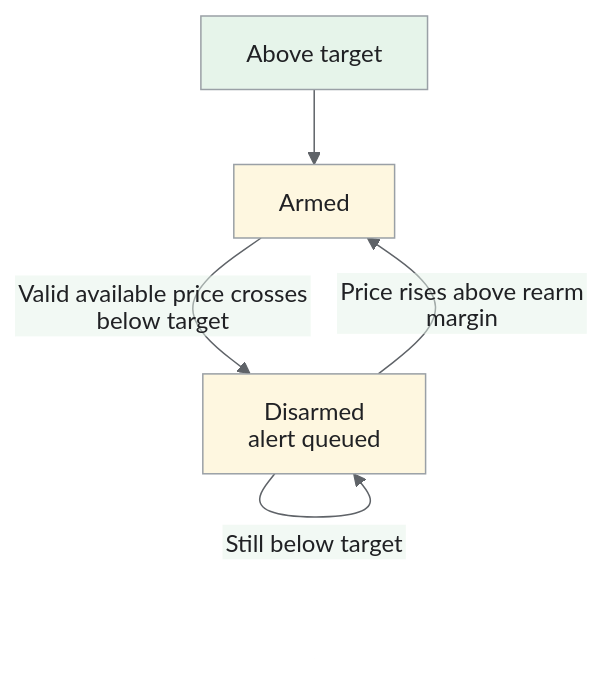
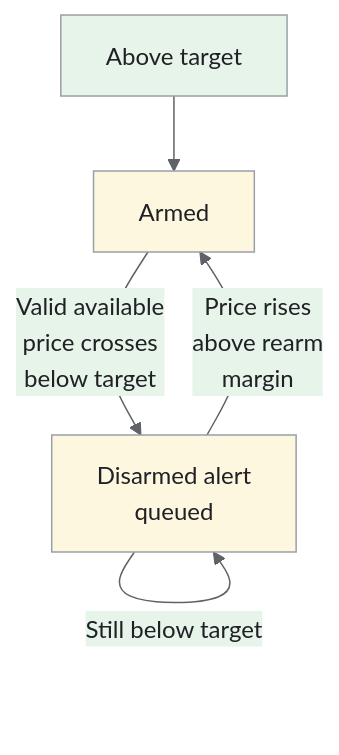
The fifth of 5 diagrams in _designs/system-design-camelcamelcamel.md (iliazlobin/iliazlobin.github.io), drawn with Mermaid before and after one commit. The commit also changed other lines of this file and 116 other files, not shown here.

````diff
--- a/_designs/system-design-camelcamelcamel.md
+++ b/_designs/system-design-camelcamelcamel.md
@@ -299,14 +333,14 @@
 ```mermaid
-%%{init: {'theme':'base','htmlLabels':false,'flowchart':{'htmlLabels':false},'themeVariables':{'fontFamily':'Arial, sans-serif','primaryColor':'#e8f0fe','primaryTextColor':'#202124','primaryBorderColor':'#9aa0a6','lineColor':'#5f6368','secondaryColor':'#e6f4ea','tertiaryColor':'#fef7e0','actorBkg':'#e8f0fe','actorBorder':'#9aa0a6','actorTextColor':'#202124','noteBkgColor':'#fef7e0','noteTextColor':'#202124','noteBorderColor':'#9aa0a6','signalColor':'#5f6368','signalTextColor':'#202124','labelBoxBkgColor':'#fef7e0','labelBoxBorderColor':'#9aa0a6'}}}%%
+%%{init: {'theme':'base','themeVariables':{'primaryColor':'#e8f0fe','primaryTextColor':'#202124','primaryBorderColor':'#9aa0a6','lineColor':'#5f6368','secondaryColor':'#e6f4ea','tertiaryColor':'#fef7e0','actorBkg':'#e8f0fe','actorBorder':'#9aa0a6','actorTextColor':'#202124','noteBkgColor':'#fef7e0','noteTextColor':'#202124','noteBorderColor':'#9aa0a6','signalColor':'#5f6368','signalTextColor':'#202124','labelBoxBkgColor':'#fef7e0','labelBoxBorderColor':'#9aa0a6'}}}%%
 flowchart TB
   A["Above target"] --> S["Armed"]
-  S -->|"Valid available price crosses below target"| D["Disarmed<br>alert queued"]
+  S -->|"Valid available<br>price crosses<br>below target"| D["Disarmed alert<br>queued"]
   D -->|"Still below target"| D
-  D -->|"Price rises above rearm margin"| S
+  D -->|"Price rises<br>above rearm<br>margin"| S
   class A data
   class S,D control
 classDef request fill:#e8f0fe,stroke:#9aa0a6,color:#202124;
 classDef data fill:#e6f4ea,stroke:#9aa0a6,color:#202124;
 classDef control fill:#fef7e0,stroke:#9aa0a6,color:#202124;
 classDef danger fill:#fce8e6,stroke:#9aa0a6,color:#202124;
 ```
````
